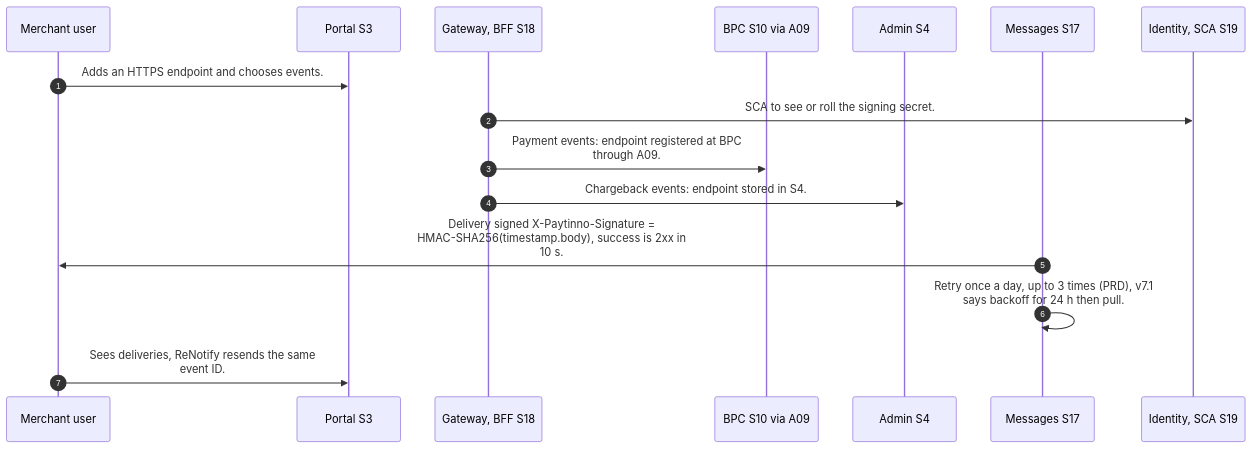
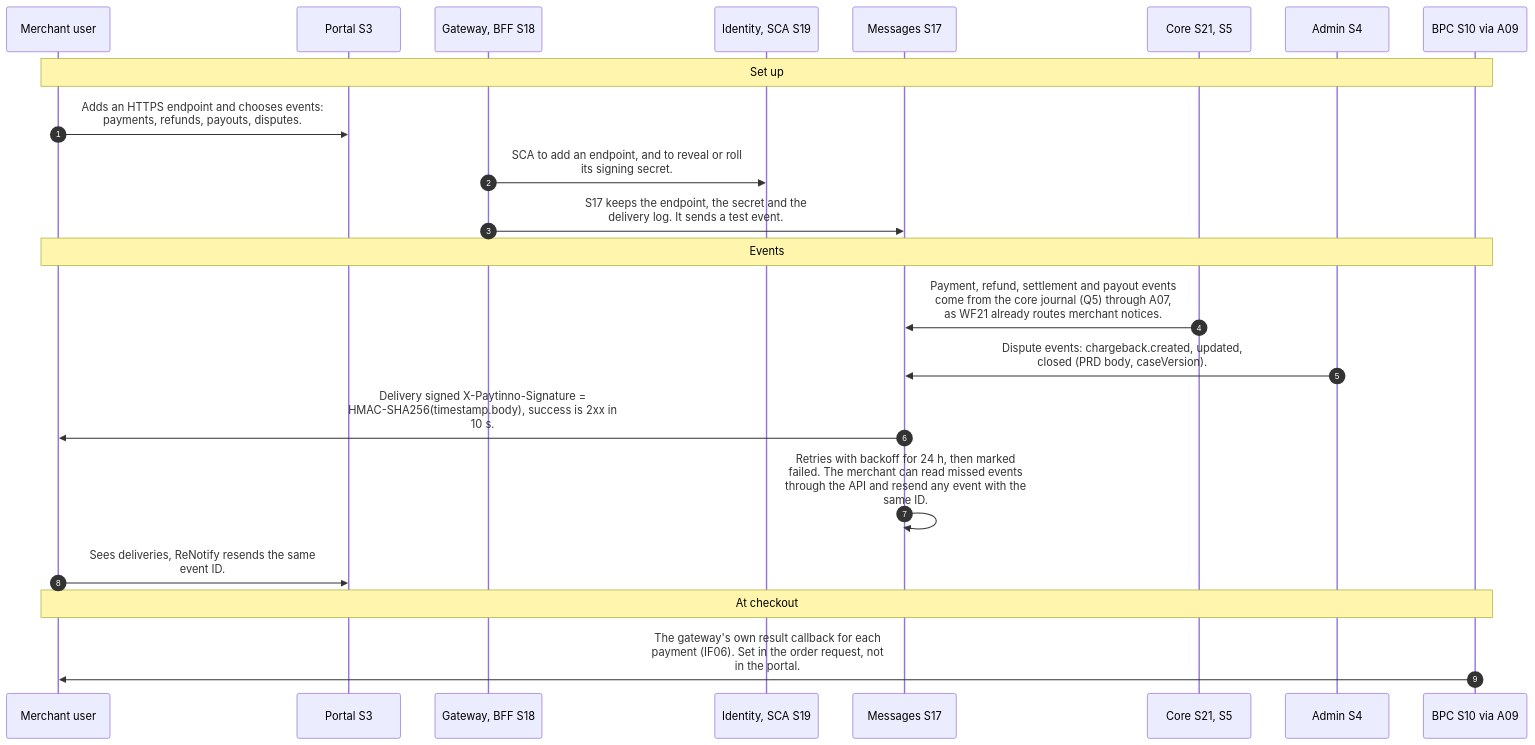
Before and after one commit to paytinno/merchant-portal-workflows: the first of 2 diagrams in docs/workflows/MP-21-webhooks.md, drawn with Mermaid. The commit also changed other lines of this file and 36 other files, not shown here.

````diff
--- a/docs/workflows/MP-21-webhooks.md
+++ b/docs/workflows/MP-21-webhooks.md
@@ -21,18 +21,24 @@
 ```mermaid
 sequenceDiagram
   autonumber
   participant MER as Merchant user
   participant S3 as Portal S3
   participant S18 as Gateway, BFF S18
+  participant S19 as Identity, SCA S19
+  participant S17 as Messages S17
+  participant S21 as Core S21, S5
+  participant S4 as Admin S4
   participant S10 as BPC S10 via A09
-  participant S4 as Admin S4
-  participant S17 as Messages S17
-  participant S19 as Identity, SCA S19
-  MER->>S3: Adds an HTTPS endpoint and chooses events.
-  S18->>S19: SCA to see or roll the signing secret.
-  S18->>S10: Payment events: endpoint registered at BPC<br/>through A09.
-  S18->>S4: Chargeback events: endpoint stored in S4.
+  Note over MER,S10: Set up
+  MER->>S3: Adds an HTTPS endpoint and chooses events:<br/>payments, refunds, payouts, disputes.
+  S18->>S19: SCA to add an endpoint, and to reveal or roll<br/>its signing secret.
+  S18->>S17: S17 keeps the endpoint, the secret and the<br/>delivery log. It sends a test event.
+  Note over MER,S10: Events
+  S21->>S17: Payment, refund, settlement and payout events<br/>come from the core journal (Q5) through A07,<br/>as WF21 already routes merchant notices.
+  S4->>S17: Dispute events: chargeback.created, updated,<br/>closed (PRD body, caseVersion).
   S17->>MER: Delivery signed X-Paytinno-Signature =<br/>HMAC-SHA256(timestamp.body), success is 2xx in<br/>10 s.
-  S17->>S17: Retry once a day, up to 3 times (PRD), v7.1<br/>says backoff for 24 h then pull.
+  S17->>S17: Retries with backoff for 24 h, then marked<br/>failed. The merchant can read missed events<br/>through the API and resend any event with the<br/>same ID.
   MER->>S3: Sees deliveries, ReNotify resends the same<br/>event ID.
+  Note over MER,S10: At checkout
+  S10->>MER: The gateway's own result callback for each<br/>payment (IF06). Set in the order request, not<br/>in the portal.
 ```
````
